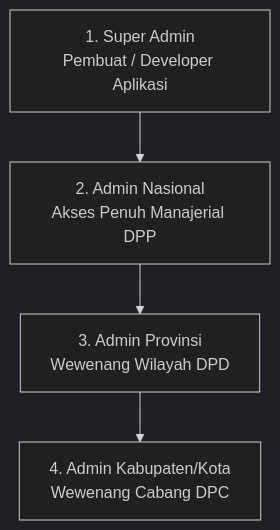
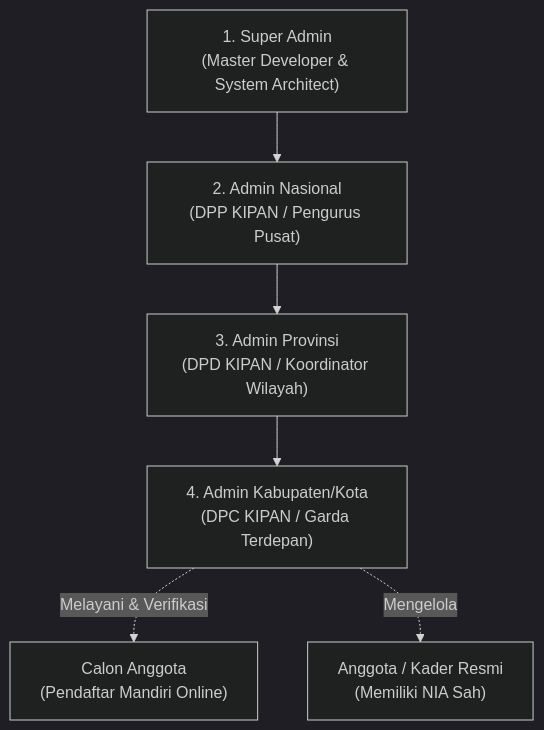
The first of 4 diagrams in PRD.md (mirwan10522114-jpg/KIPAN_INDONESIA), drawn with Mermaid (dark theme) before and after one commit. The commit also changed other lines of this file and 65 other files, not shown here.

````diff
--- a/PRD.md
+++ b/PRD.md
@@ -31,6 +33,9 @@
 ```mermaid
 graph TD
-    SA[1. Super Admin<br/>Pembuat / Developer Aplikasi] --> NAS[2. Admin Nasional<br/>Akses Penuh Manajerial DPP]
-    NAS --> PROV[3. Admin Provinsi<br/>Wewenang Wilayah DPD]
-    PROV --> KAB[4. Admin Kabupaten/Kota<br/>Wewenang Cabang DPC]
+    SA["1. Super Admin<br/>(Master Developer & System Architect)"] --> NAS["2. Admin Nasional<br/>(DPP KIPAN / Pengurus Pusat)"]
+    NAS --> PROV["3. Admin Provinsi<br/>(DPD KIPAN / Koordinator Wilayah)"]
+    PROV --> KAB["4. Admin Kabupaten/Kota<br/>(DPC KIPAN / Garda Terdepan)"]
+    
+    KAB -. Melayani & Verifikasi .-> CAD["Calon Anggota<br/>(Pendaftar Mandiri Online)"]
+    KAB -. Mengelola .-> AGT["Anggota / Kader Resmi<br/>(Memiliki NIA Sah)"]
 ```
````
